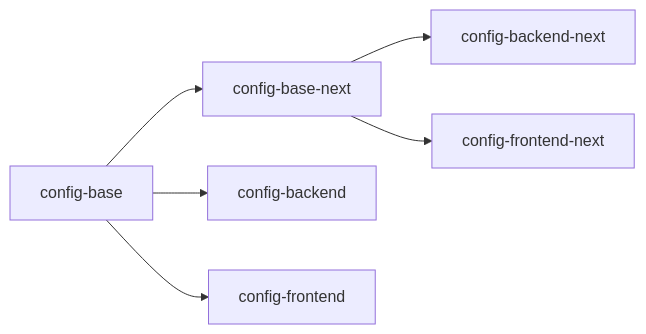
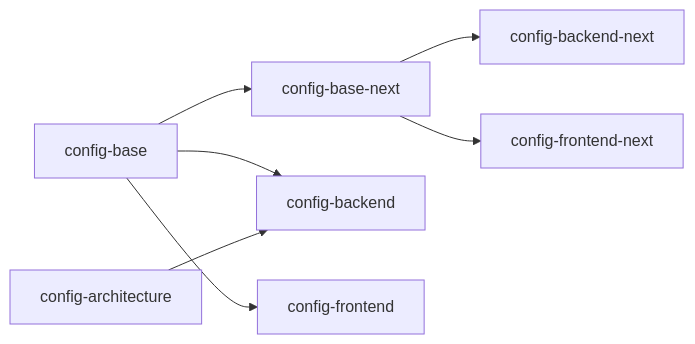
One commit to neofinancial/eslint-config-neo changed the diagram in README.md. Above: the diagram before and after it, drawn with Mermaid. The commit also changed other lines of this file and 5 other files, not shown here.

First line of the commit message:
Add config-architecture for Biome users (#52)

````diff
--- a/README.md
+++ b/README.md
@@ -18,14 +28,16 @@
 ```mermaid
 flowchart LR
     A[config-base]
     B[config-base-next]
     C[config-backend]
     D[config-frontend]
     E[config-backend-next]
     F[config-frontend-next]
+    G[config-architecture]
     A --> C
+    G --> C
     A --> D
     A --> B
     B --> E
     B --> F
 ```
````
